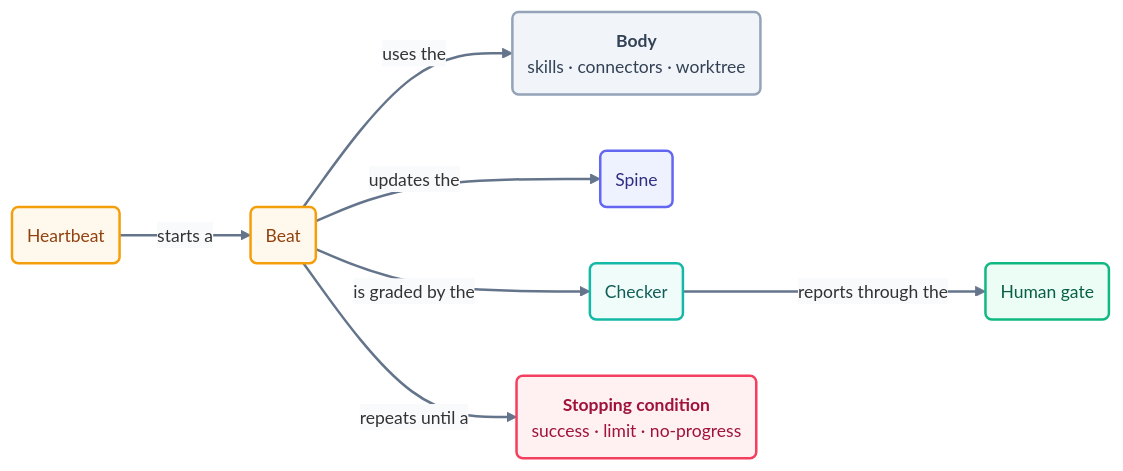
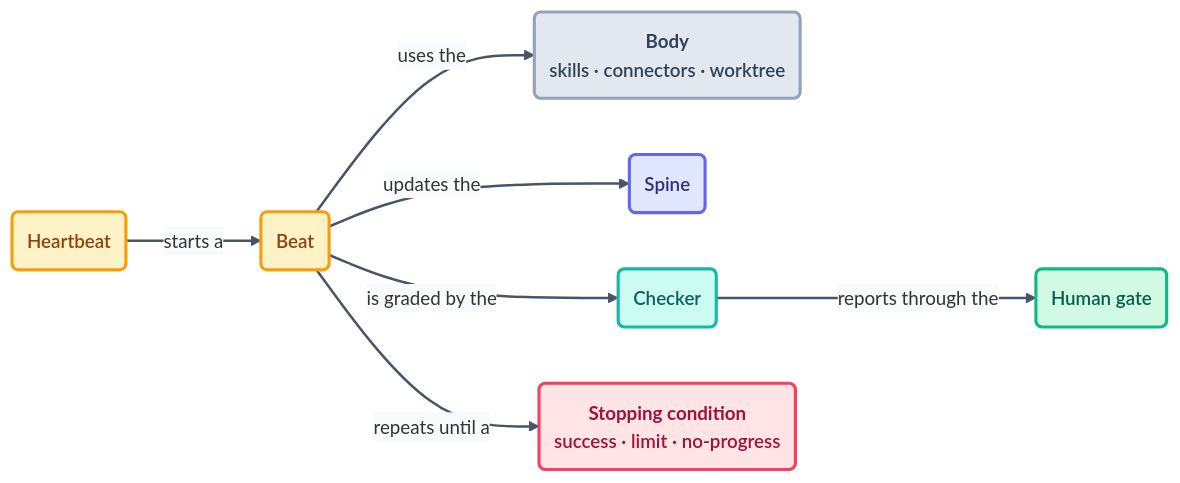
One commit to ayeshakhalid192007-dev/LoopEngineering-CrashCourse changed the diagram in docs/02-foundations/glossary.md. Above: the diagram before and after it, drawn with Mermaid. The commit also changed 66 other files, not shown here.

First line of the commit message:
docs(diagrams): visibly bolder pass — deeper fills, heavier strokes, semibold labels

````diff
--- a/docs/02-foundations/glossary.md
+++ b/docs/02-foundations/glossary.md
@@ -105,17 +105,17 @@
 ```mermaid
-%%{init: {'theme':'base','themeVariables':{'fontFamily':'ui-sans-serif, system-ui, sans-serif','fontSize':'14px','lineColor':'#64748b','edgeLabelBackground':'#f8fafc'},'flowchart':{'curve':'basis','nodeSpacing':45,'rankSpacing':60,'padding':12}}}%%
+%%{init: {'theme':'base','themeVariables':{'fontFamily':'ui-sans-serif, system-ui, sans-serif','fontSize':'15px','lineColor':'#475569','edgeLabelBackground':'#f8fafc'},'flowchart':{'curve':'basis','nodeSpacing':45,'rankSpacing':60,'padding':12}}}%%
 flowchart LR
     HB("Heartbeat"):::time -->|starts a| BT("Beat"):::time
     BT -->|uses the| BD("<b>Body</b><br/>skills · connectors · worktree"):::body
     BT -->|updates the| SPN("Spine"):::spine
     BT -->|is graded by the| CHK("Checker"):::check
     CHK -->|reports through the| HG("Human gate"):::human
     BT -->|repeats until a| STP("<b>Stopping condition</b><br/>success · limit · no-progress"):::stop
-    linkStyle default stroke:#64748b,stroke-width:2px;
-    classDef time fill:#fef9ec,stroke:#f59e0b,stroke-width:2px,color:#92400e;
-    classDef body fill:#f1f5f9,stroke:#94a3b8,stroke-width:2px,color:#334155;
-    classDef spine fill:#eef2ff,stroke:#6366f1,stroke-width:2px,color:#312e81;
-    classDef check fill:#effcf9,stroke:#14b8a6,stroke-width:2px,color:#115e59;
-    classDef human fill:#ecfdf5,stroke:#10b981,stroke-width:2px,color:#065f46;
-    classDef stop fill:#fff1f2,stroke:#f43f5e,stroke-width:2px,color:#9f1239;
+    linkStyle default stroke:#475569,stroke-width:2px;
+    classDef time fill:#fef3c7,stroke:#f59e0b,stroke-width:2.5px,color:#92400e,font-weight:600;
+    classDef body fill:#e2e8f0,stroke:#94a3b8,stroke-width:2.5px,color:#334155,font-weight:600;
+    classDef spine fill:#e0e7ff,stroke:#6366f1,stroke-width:2.5px,color:#312e81,font-weight:600;
+    classDef check fill:#ccfbf1,stroke:#14b8a6,stroke-width:2.5px,color:#115e59,font-weight:600;
+    classDef human fill:#d1fae5,stroke:#10b981,stroke-width:2.5px,color:#065f46,font-weight:600;
+    classDef stop fill:#ffe4e6,stroke:#f43f5e,stroke-width:2.5px,color:#9f1239,font-weight:600;
 ```
````
